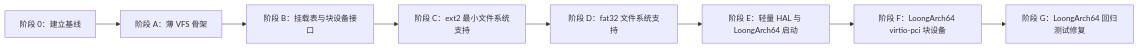
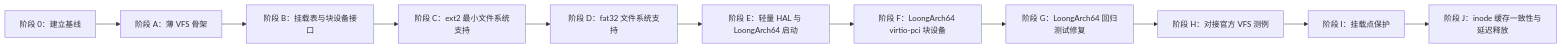
The diagram in docs/commit_history.md (twilight-8/Nscscc-xv6-net-dynlink), drawn with Mermaid before and after one commit. The commit also changed other lines of this file, not shown here.

````diff
--- a/docs/commit_history.md
+++ b/docs/commit_history.md
@@ -244,13 +295,16 @@
 ```mermaid
 flowchart LR
     S0["阶段 0：建立基线"]
     SA["阶段 A：薄 VFS 骨架"]
     SB["阶段 B：挂载表与块设备接口"]
     SC["阶段 C：ext2 最小文件系统支持"]
     SD["阶段 D：fat32 文件系统支持"]
     SE["阶段 E：轻量 HAL 与 LoongArch64 启动"]
     SF["阶段 F：LoongArch64 virtio-pci 块设备"]
     SG["阶段 G：LoongArch64 回归测试修复"]
+    SH["阶段 H：对接官方 VFS 测例"]
+    SI["阶段 I：挂载点保护"]
+    SJ["阶段 J：inode 缓存一致性与延迟释放"]
 
-    S0 --> SA --> SB --> SC --> SD --> SE --> SF --> SG
+    S0 --> SA --> SB --> SC --> SD --> SE --> SF --> SG --> SH --> SI --> SJ
 ```
````
